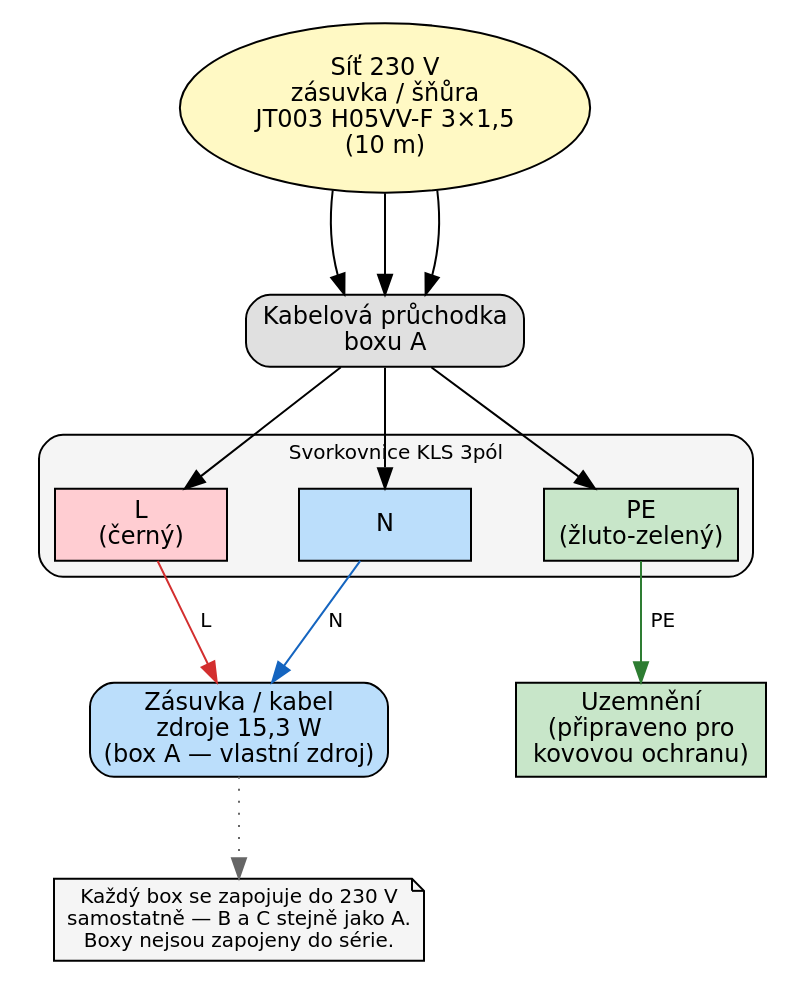
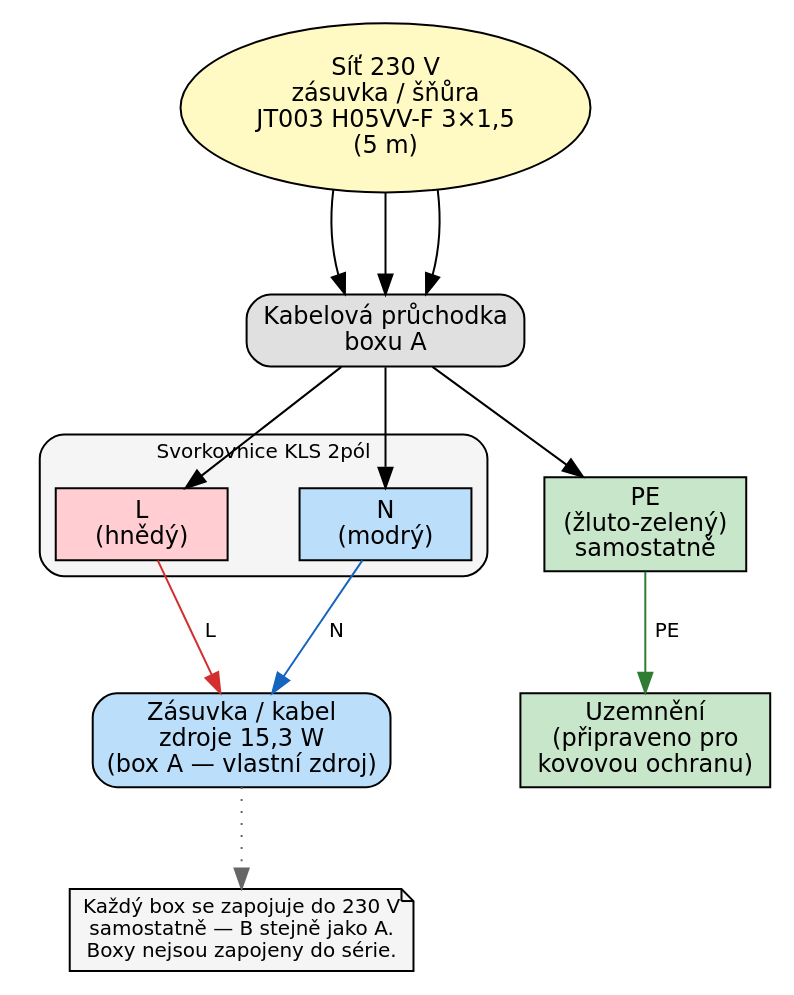
One commit to K0F/1938_ABC changed the diagram in docs/dot/sch_02_terminal_block.dot. Above: the diagram before and after it, drawn with Graphviz. The commit also changed 22 other files, not shown here.

```diff
--- a/docs/dot/sch_02_terminal_block.dot
+++ b/docs/dot/sch_02_terminal_block.dot
@@ -1,37 +1,38 @@
-// SCH §2.1 — Přípojka 230 V (svorkovnice KLS 3pól) — box A
+// SCH §2.1 — Přípojka 230 V (svorkovnice KLS 2pól + PE) — box A
 digraph G {
     graph [fontname="DejaVu Sans" rankdir=TB bgcolor="white" nodesep=0.5 ranksep=0.7];
 node [fontname="DejaVu Sans" fontsize=12 style="filled"];
 edge [fontname="DejaVu Sans" fontsize=10];
 
 // Source
-siet [label="Síť 230 V\nzásuvka / šňůra\nJT003 H05VV-F 3×1,5\n(10 m)" shape=oval fillcolor="#fff9c4"];
+siet [label="Síť 230 V\nzásuvka / šňůra\nJT003 H05VV-F 3×1,5\n(5 m)" shape=oval fillcolor="#fff9c4"];
 pruchodka [label="Kabelová průchodka\nboxu A" shape=box style="filled,rounded" fillcolor="#e0e0e0"];
 
-// Terminal block
+// Terminal block — 2-pole block (L/N) as purchased (KLS 301-5.00-02P)
 subgraph cluster_svorkovnice {
-    label="Svorkovnice KLS 3pól";
+    label="Svorkovnice KLS 2pól";
     style="filled,rounded";
     fillcolor="#f5f5f5";
     fontsize=10;
 
-    L [label="L\n(černý)" shape=box fillcolor="#ffcdd2" width=1.2];
-    N [label="N" shape=box fillcolor="#bbdefb" width=1.2];
-    PE [label="PE\n(žluto-zelený)" shape=box fillcolor="#c8e6c9" width=1.2];
+    L [label="L\n(hnědý)" shape=box fillcolor="#ffcdd2" width=1.2];
+    N [label="N\n(modrý)" shape=box fillcolor="#bbdefb" width=1.2];
 }
+
+PE [label="PE\n(žluto-zelený)\nsamostatně" shape=box fillcolor="#c8e6c9" width=1.4];
 
 // Outputs
 zasuvka_A [label="Zásuvka / kabel\nzdroje 15,3 W\n(box A — vlastní zdroj)" shape=box style="filled,rounded" fillcolor="#bbdefb"];
 zem [label="Uzemnění\n(připraveno pro\nkovovou ochranu)" shape=box fillcolor="#c8e6c9"];
 
 // Edges
 siet -> pruchodka -> L;
 siet -> pruchodka -> N;
 siet -> pruchodka -> PE;
 L -> zasuvka_A [label="  L  " color="#d32f2f"];
 N -> zasuvka_A [label="  N  " color="#1565c0"];
 PE -> zem [label="  PE  " color="#2e7d32"];
 
-note [label="Každý box se zapojuje do 230 V\nsamostatně — B a C stejně jako A.\nBoxy nejsou zapojeny do série." shape=note fillcolor="#f5f5f5" fontsize=10];
+note [label="Každý box se zapojuje do 230 V\nsamostatně — B stejně jako A.\nBoxy nejsou zapojeny do série." shape=note fillcolor="#f5f5f5" fontsize=10];
 zasuvka_A -> note [style=dotted color="#666666"];
 }
```
